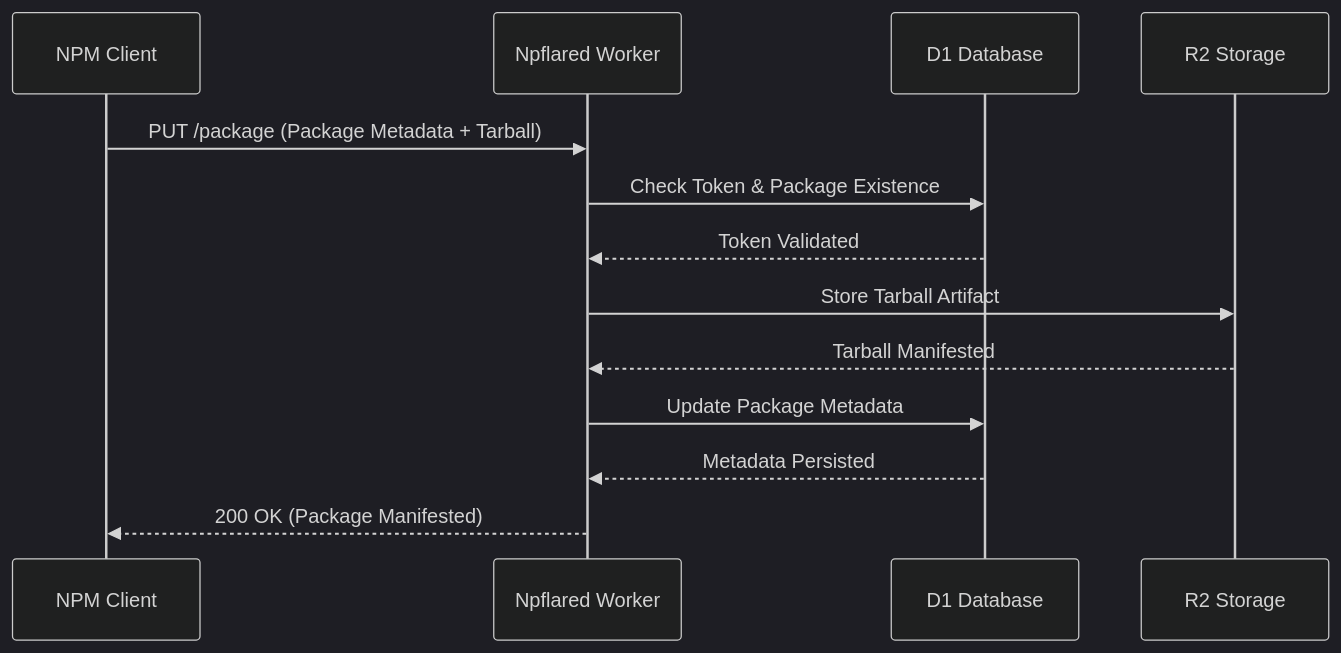
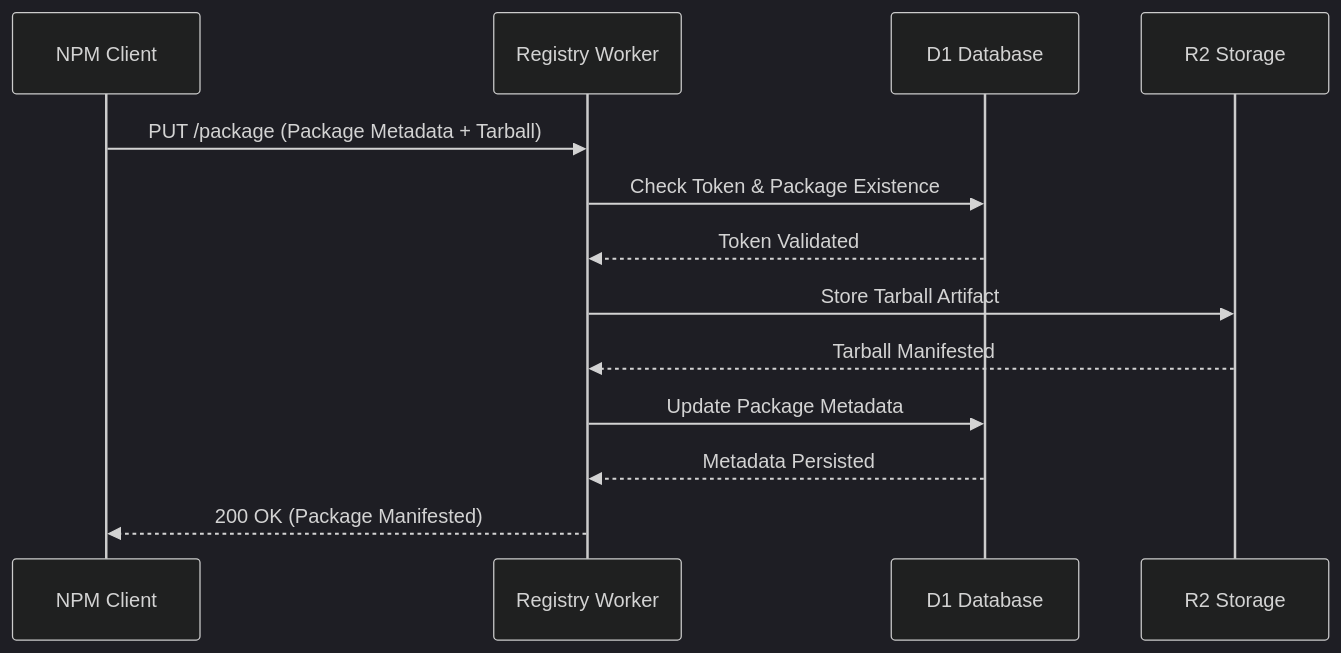
One commit to simwai/npflared changed the second of 2 diagrams in apps/doc/docs/guide/architecture.mdx. Above: the diagram before and after it, drawn with Mermaid. The commit also changed other lines of this file and 8 other files, not shown here.

````diff
--- a/apps/doc/docs/guide/architecture.mdx
+++ b/apps/doc/docs/guide/architecture.mdx
@@ -26,17 +26,17 @@
 ```mermaid
 %%{init: {'theme': 'dark', 'themeVariables': { 'primaryColor': '#a855f7', 'primaryTextColor': '#fff', 'primaryBorderColor': '#7c3aed', 'lineColor': '#8b5cf6', 'secondaryColor': '#7c3aed', 'tertiaryColor': '#581c87' }}}%%
 sequenceDiagram
     participant Client as NPM Client
-    participant Worker as Npflared Worker
+    participant Worker as Registry Worker
     participant D1 as D1 Database
     participant R2 as R2 Storage
 
     Client->>Worker: PUT /package (Package Metadata + Tarball)
     Worker->>D1: Check Token & Package Existence
     D1-->>Worker: Token Validated
     Worker->>R2: Store Tarball Artifact
     R2-->>Worker: Tarball Manifested
     Worker->>D1: Update Package Metadata
     D1-->>Worker: Metadata Persisted
     Worker-->>Client: 200 OK (Package Manifested)
 ```
````
